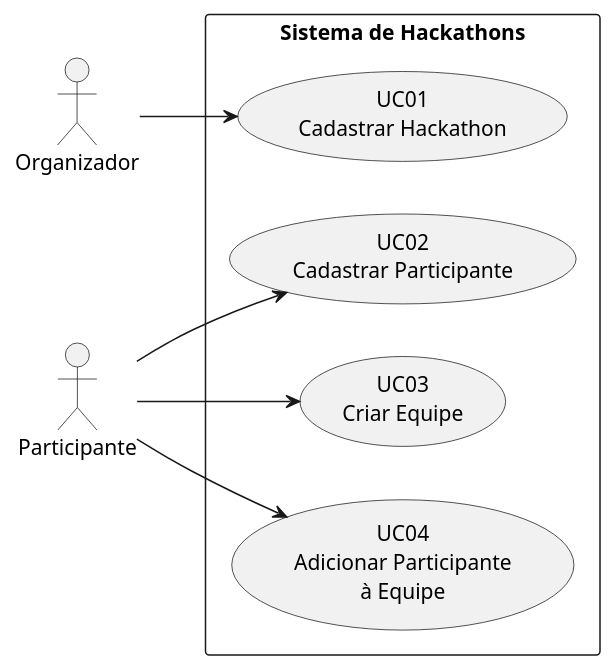
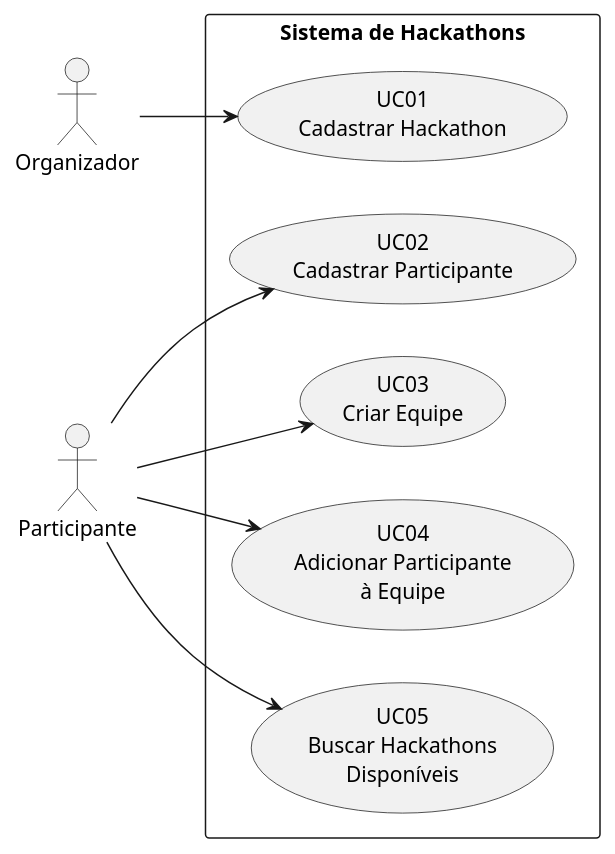
Before and after one commit to papatrock/es-hackathon: the diagram in diagramas/caso-de-uso/UC01_cadastrar-hackaton.puml, drawn with PlantUML. The commit also changed 1 other file, not shown here.

```diff
--- a/diagramas/caso-de-uso/UC01_cadastrar-hackaton.puml
+++ b/diagramas/caso-de-uso/UC01_cadastrar-hackaton.puml
@@ -1,21 +1,25 @@
 @startuml
 
 left to right direction
 
 actor Organizador
 actor Participante
 
 rectangle "Sistema de Hackathons" {
     usecase "UC01\nCadastrar Hackathon" as UC01
     usecase "UC02\nCadastrar Participante" as UC02
     usecase "UC03\nCriar Equipe" as UC03
     usecase "UC04\nAdicionar Participante\nà Equipe" as UC04
+    usecase "UC05\nBuscar Hackathons\nDisponíveis" as UC05
 }
+
+
 
 Organizador --> UC01
 
 Participante --> UC02
 Participante --> UC03
 Participante --> UC04
 
+Participante --> UC05
 @enduml
```
